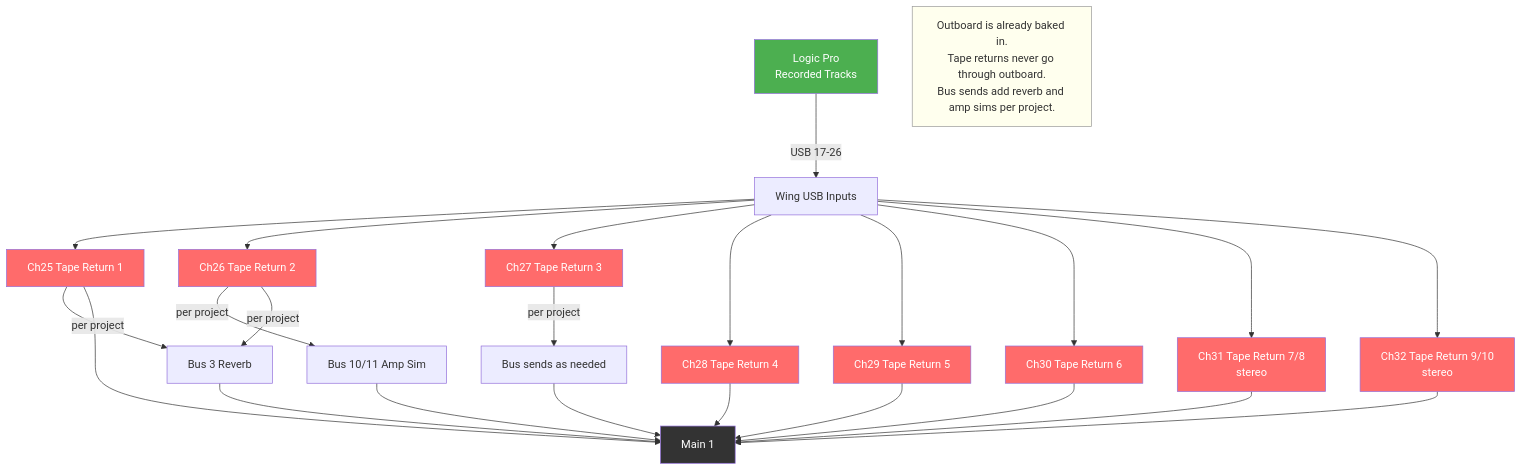
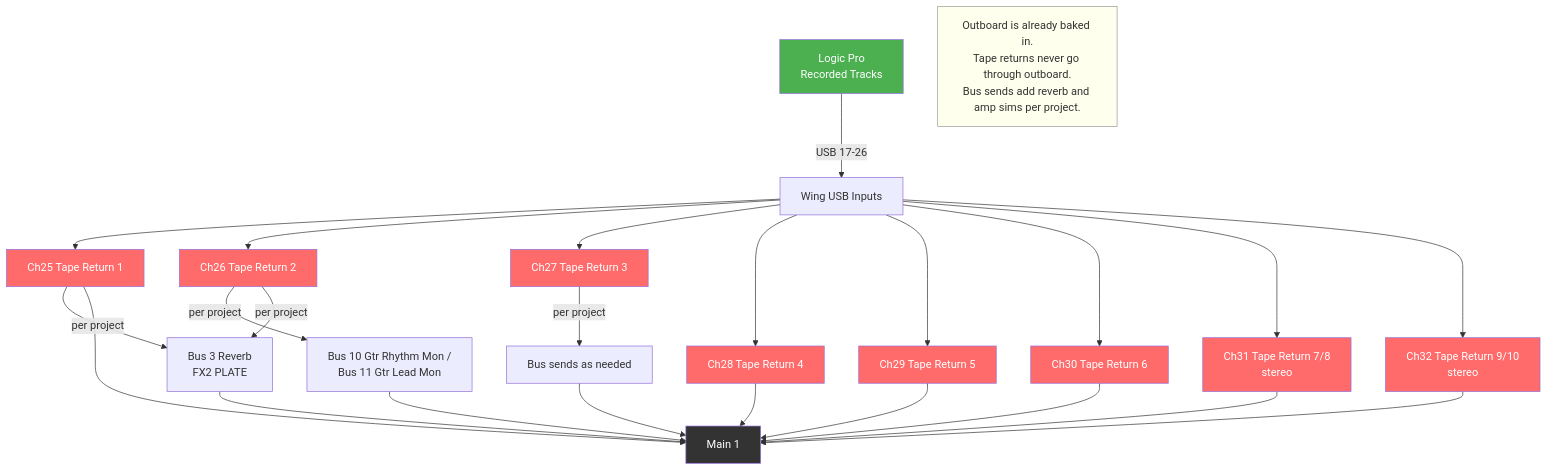
Before and after one commit to ldenman/studio-setup: the fifth of 19 diagrams in docs/diagrams.md, drawn with Mermaid. The commit also changed other lines of this file, not shown here.

First line of the commit message:
Add names to all bus/channel references, summary notes on every diagram

````diff
--- a/docs/diagrams.md
+++ b/docs/diagrams.md
@@ -168,43 +178,43 @@
 ```mermaid
 graph TD
     LOGIC[Logic Pro<br/>Recorded Tracks] -->|USB 17-26| WING[Wing USB Inputs]
 
     WING --> CH25[Ch25 Tape Return 1]
     WING --> CH26[Ch26 Tape Return 2]
     WING --> CH27[Ch27 Tape Return 3]
     WING --> CH28[Ch28 Tape Return 4]
     WING --> CH29[Ch29 Tape Return 5]
     WING --> CH30[Ch30 Tape Return 6]
     WING --> CH31[Ch31 Tape Return 7/8<br/>stereo]
     WING --> CH32[Ch32 Tape Return 9/10<br/>stereo]
 
-    CH25 -->|per project| BUS3[Bus 3 Reverb]
-    CH26 -->|per project| BUS10[Bus 10/11 Amp Sim]
+    CH25 -->|per project| BUS3[Bus 3 Reverb<br/>FX2 PLATE]
+    CH26 -->|per project| BUS10[Bus 10 Gtr Rhythm Mon /<br/>Bus 11 Gtr Lead Mon]
     CH26 -->|per project| BUS3
     CH27 -->|per project| SENDS[Bus sends as needed]
 
     BUS3 --> MAIN[Main 1]
     BUS10 --> MAIN
     SENDS --> MAIN
 
     CH25 --> MAIN
     CH28 --> MAIN
     CH29 --> MAIN
     CH30 --> MAIN
     CH31 --> MAIN
     CH32 --> MAIN
 
     NOTE[Outboard is already baked in.<br/>Tape returns never go through outboard.<br/>Bus sends add reverb and amp sims per project.]
 
     style LOGIC fill:#4CAF50,color:#fff
     style MAIN fill:#333,color:#fff
     style NOTE fill:#ffe,stroke:#999
     style CH25 fill:#FF6B6B,color:#fff
     style CH26 fill:#FF6B6B,color:#fff
     style CH27 fill:#FF6B6B,color:#fff
     style CH28 fill:#FF6B6B,color:#fff
     style CH29 fill:#FF6B6B,color:#fff
     style CH30 fill:#FF6B6B,color:#fff
     style CH31 fill:#FF6B6B,color:#fff
     style CH32 fill:#FF6B6B,color:#fff
 ```
````
